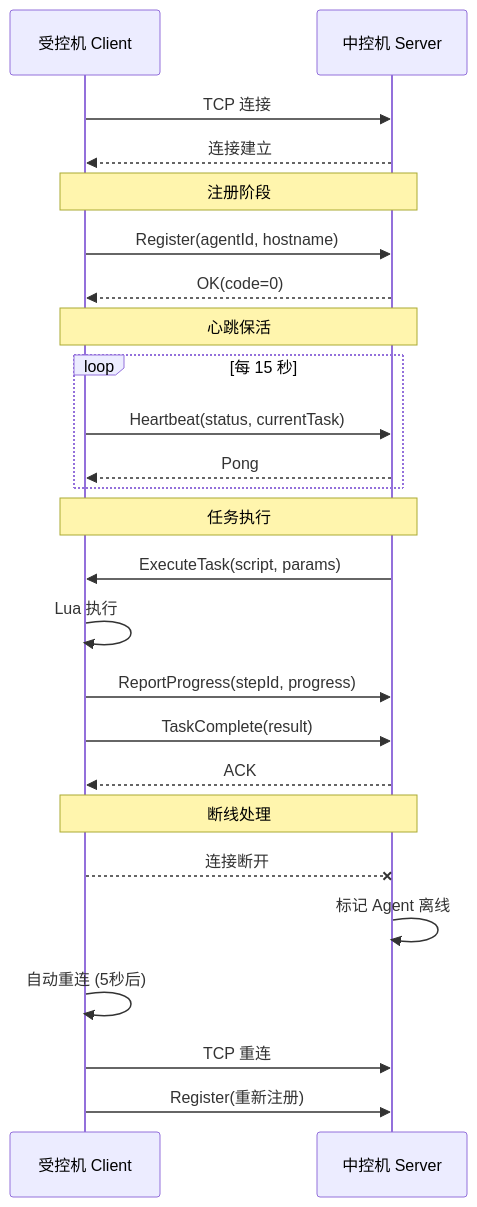
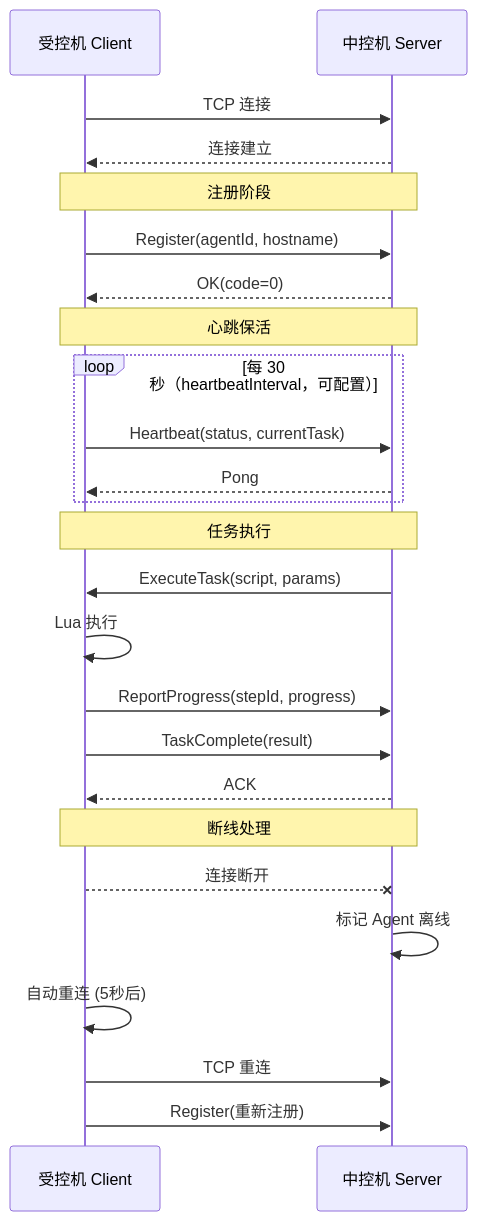
Before and after one commit to cuihairu/wingman: the second of 6 diagrams in docs/guide/architecture.md, drawn with Mermaid. The commit also changed other lines of this file and 106 other files, not shown here.

````diff
--- a/docs/guide/architecture.md
+++ b/docs/guide/architecture.md
@@ -65,32 +65,32 @@
 ```mermaid
 sequenceDiagram
     participant C as 受控机 Client
     participant S as 中控机 Server
 
     C->>S: TCP 连接
     S-->>C: 连接建立
 
     Note over C,S: 注册阶段
     C->>S: Register(agentId, hostname)
     S-->>C: OK(code=0)
 
     Note over C,S: 心跳保活
-    loop 每 15 秒
+    loop 每 30 秒（heartbeatInterval，可配置）
         C->>S: Heartbeat(status, currentTask)
         S-->>C: Pong
     end
 
     Note over C,S: 任务执行
     S->>C: ExecuteTask(script, params)
     C->>C: Lua 执行
     C->>S: ReportProgress(stepId, progress)
     C->>S: TaskComplete(result)
     S-->>C: ACK
 
     Note over C,S: 断线处理
     C--xS: 连接断开
     S->>S: 标记 Agent 离线
     C->>C: 自动重连 (5秒后)
     C->>S: TCP 重连
     C->>S: Register(重新注册)
 ```
````
